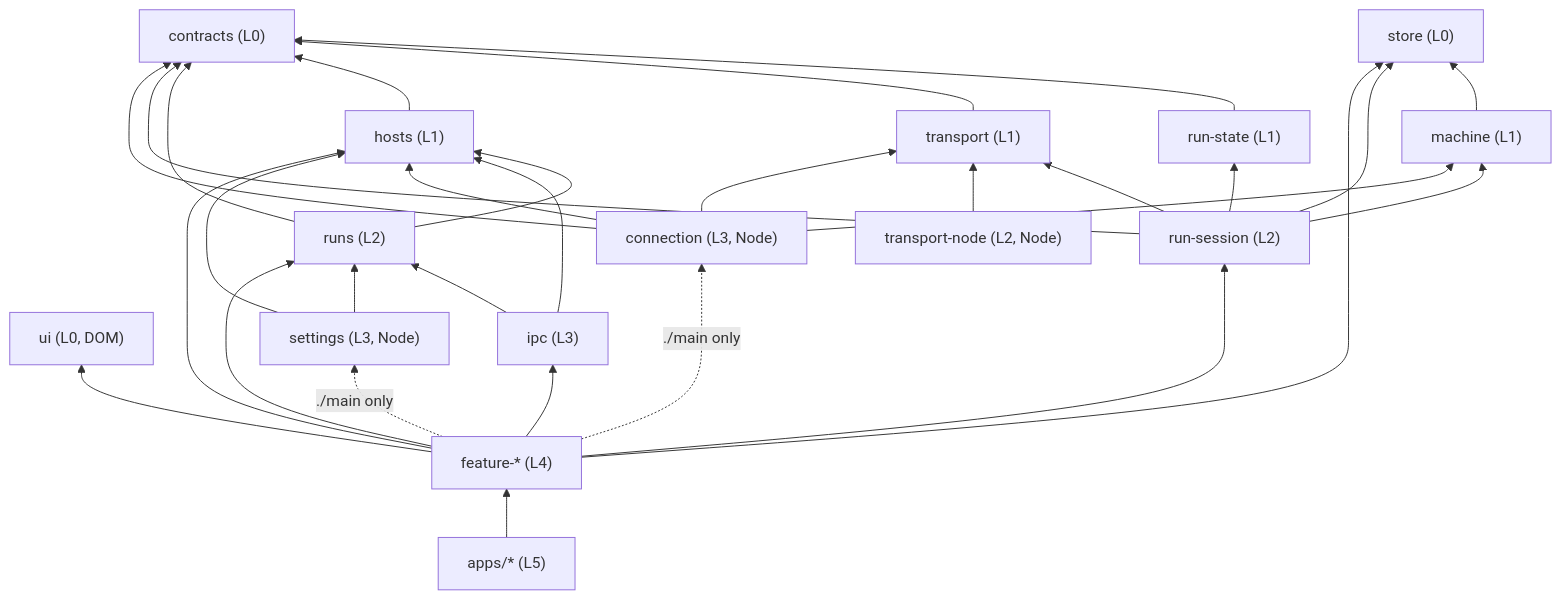
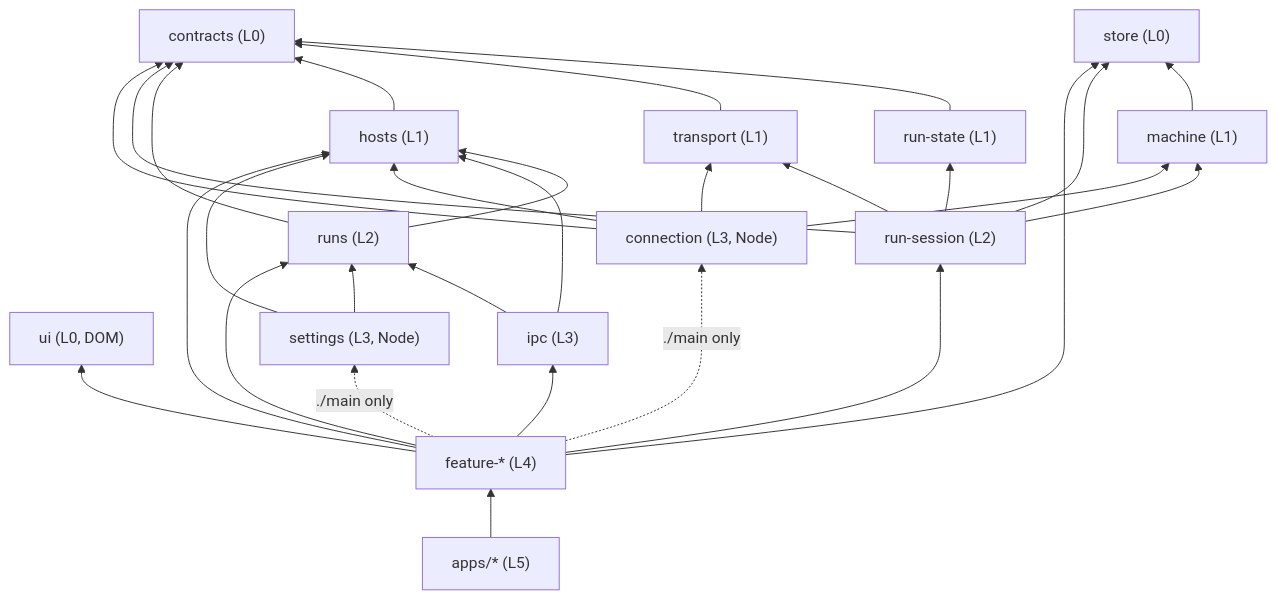
The diagram in docs/contributing/clients-architecture.md (6Mikao9/vibesys), drawn with Mermaid before and after one commit. The commit also changed other lines of this file and 82 other files, not shown here.

````diff
--- a/docs/contributing/clients-architecture.md
+++ b/docs/contributing/clients-architecture.md
@@ -85,19 +84,18 @@
 ```mermaid
 flowchart BT
   contracts["contracts (L0)"]
   ui["ui (L0, DOM)"]
   store["store (L0)"]
   run-state["run-state (L1)"] --> contracts
   transport["transport (L1)"] --> contracts
   hosts["hosts (L1)"] --> contracts
   runs["runs (L2)"] --> contracts & hosts
   machine["machine (L1)"] --> store
   run-session["run-session (L2)"] --> contracts & run-state & transport & store & machine
-  transport-node["transport-node (L2, Node)"] --> transport
   ipc["ipc (L3)"] --> hosts & runs
   connection["connection (L3, Node)"] --> contracts & transport & hosts & machine
   settings["settings (L3, Node)"] --> hosts & runs
   features["feature-* (L4)"] --> run-session & runs & hosts & ipc & ui & store
   features -. "./main only" .-> connection & settings
   apps["apps/* (L5)"] --> features
 ```
````
